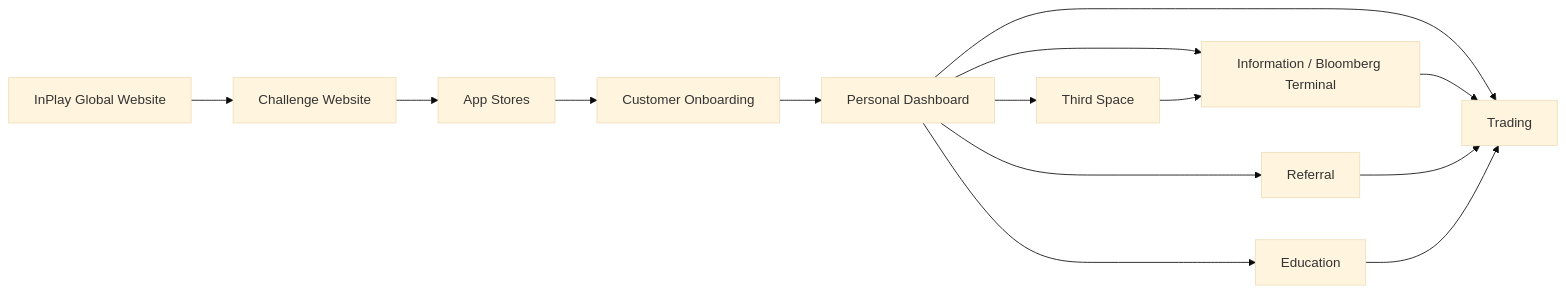
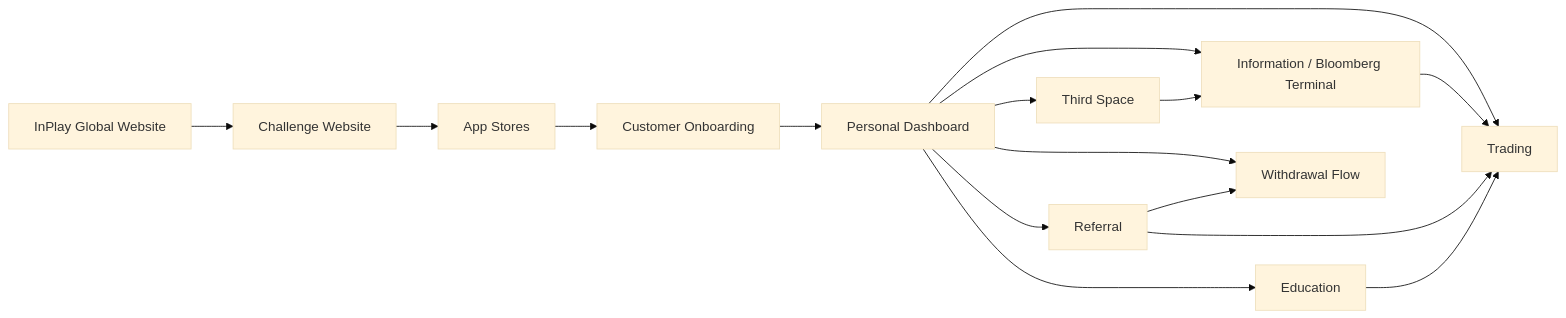
Before and after one commit to Novosapien/inplay-vault: the diagram in vault/components/components.md, drawn with Mermaid (base theme). The commit also changed other lines of this file and 9 other files, not shown here.

````diff
--- a/vault/components/components.md
+++ b/vault/components/components.md
@@ -11,16 +11,18 @@
 ```mermaid
 graph LR
     Global[InPlay Global Website] --> Challenge[Challenge Website]
     Challenge --> AppStores[App Stores]
     AppStores --> Onboarding[Customer Onboarding]
     Onboarding --> Dashboard[Personal Dashboard]
     Dashboard --> Info[Information / Bloomberg Terminal]
     Dashboard --> Trading[Trading]
     Dashboard --> Referral[Referral]
     Dashboard --> ThirdSpace[Third Space]
     Dashboard --> Education[Education]
+    Dashboard --> Withdrawal[Withdrawal Flow]
     Info --> Trading
     Referral --> Trading
+    Referral --> Withdrawal
     ThirdSpace --> Info
     Education --> Trading
 ```
````
